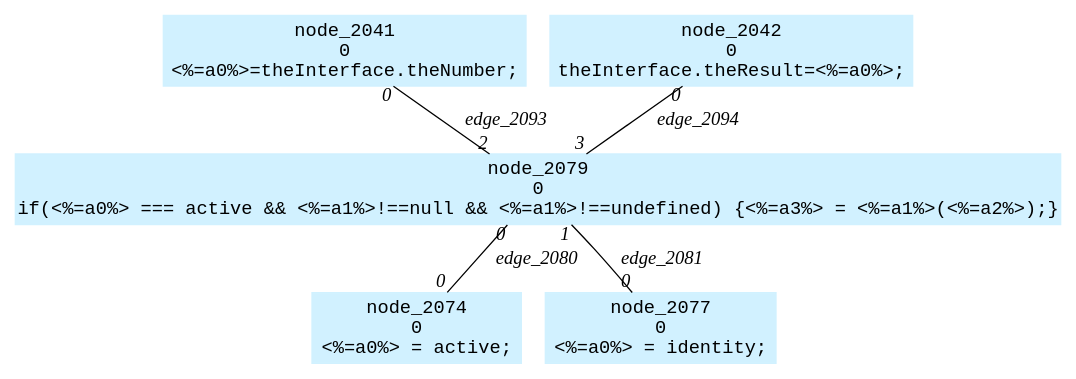
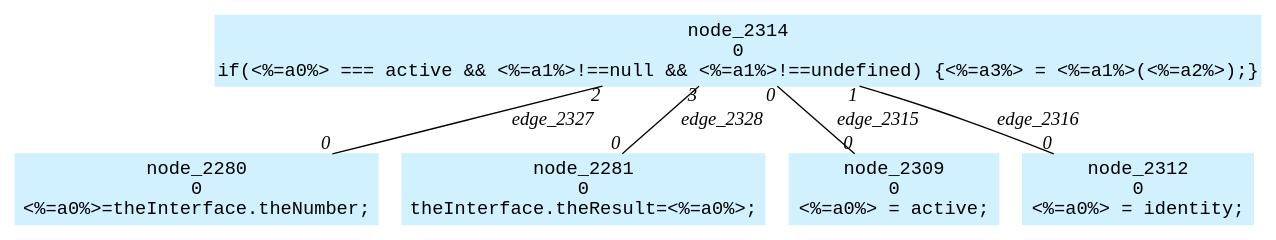
One commit to crubier/lidl changed the diagram in lidl-core/example/xtest/fakeAffectation/graph.dot. Above: the diagram before and after it, drawn with Graphviz. The commit also changed 136 other files, not shown here.

```diff
--- a/lidl-core/example/xtest/fakeAffectation/graph.dot
+++ b/lidl-core/example/xtest/fakeAffectation/graph.dot
@@ -1,25 +1,25 @@
-digraph g{node_2041 [shape=box, style=filled, color="#d1f1ff", fontname="Courier", label="node_2041
+digraph g{node_2280 [shape=box, style=filled, color="#d1f1ff", fontname="Courier", label="node_2280
 0
 <%=a0%>=theInterface.theNumber;
 " ]
-node_2042 [shape=box, style=filled, color="#d1f1ff", fontname="Courier", label="node_2042
+node_2281 [shape=box, style=filled, color="#d1f1ff", fontname="Courier", label="node_2281
 0
 theInterface.theResult=<%=a0%>;
 " ]
-node_2074 [shape=box, style=filled, color="#d1f1ff", fontname="Courier", label="node_2074
+node_2309 [shape=box, style=filled, color="#d1f1ff", fontname="Courier", label="node_2309
 0
 <%=a0%> = active;
 " ]
-node_2077 [shape=box, style=filled, color="#d1f1ff", fontname="Courier", label="node_2077
+node_2312 [shape=box, style=filled, color="#d1f1ff", fontname="Courier", label="node_2312
 0
 <%=a0%> = identity;
 " ]
-node_2079 [shape=box, style=filled, color="#d1f1ff", fontname="Courier", label="node_2079
+node_2314 [shape=box, style=filled, color="#d1f1ff", fontname="Courier", label="node_2314
 0
 if(<%=a0%> === active && <%=a1%>!==null && <%=a1%>!==undefined) {<%=a3%> = <%=a1%>(<%=a2%>);}
 " ]
-node_2079 -> node_2074 [dir=none, arrowHead=none, fontname="Times-Italic", label="edge_2080",  headlabel="0", taillabel="0" ]
-node_2079 -> node_2077 [dir=none, arrowHead=none, fontname="Times-Italic", label="edge_2081",  headlabel="0", taillabel="1" ]
-node_2041 -> node_2079 [dir=none, arrowHead=none, fontname="Times-Italic", label="edge_2093",  headlabel="2", taillabel="0" ]
-node_2042 -> node_2079 [dir=none, arrowHead=none, fontname="Times-Italic", label="edge_2094",  headlabel="3", taillabel="0" ]
+node_2314 -> node_2309 [dir=none, arrowHead=none, fontname="Times-Italic", label="edge_2315",  headlabel="0", taillabel="0" ]
+node_2314 -> node_2312 [dir=none, arrowHead=none, fontname="Times-Italic", label="edge_2316",  headlabel="0", taillabel="1" ]
+node_2314 -> node_2280 [dir=none, arrowHead=none, fontname="Times-Italic", label="edge_2327",  headlabel="0", taillabel="2" ]
+node_2314 -> node_2281 [dir=none, arrowHead=none, fontname="Times-Italic", label="edge_2328",  headlabel="0", taillabel="3" ]
 }
```
